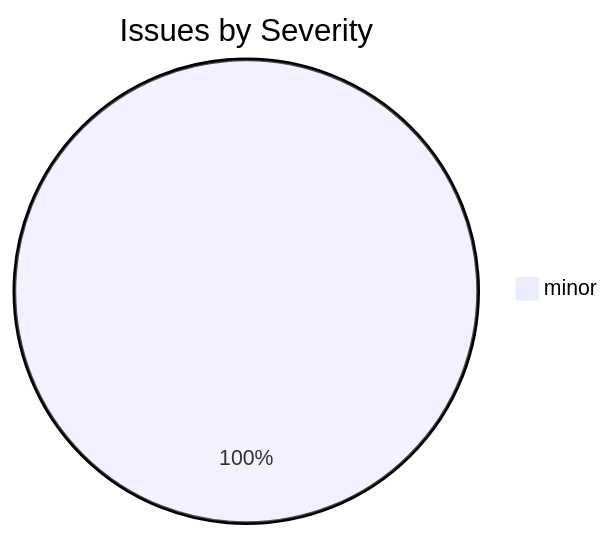
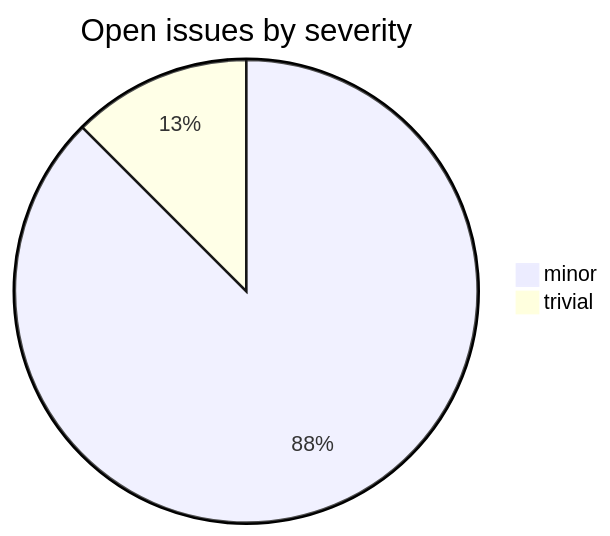
The second of 2 diagrams in README.md (sanskrit-lexicon/csl-ldev), drawn with Mermaid before and after one commit. The commit also changed other lines of this file, not shown here.

````diff
--- a/README.md
+++ b/README.md
@@ -27,4 +37,5 @@
 ```mermaid
-pie title Issues by Severity
-    "minor" : 17
+pie title Open issues by severity
+    "minor" : 7
+    "trivial" : 1
 ```
````
